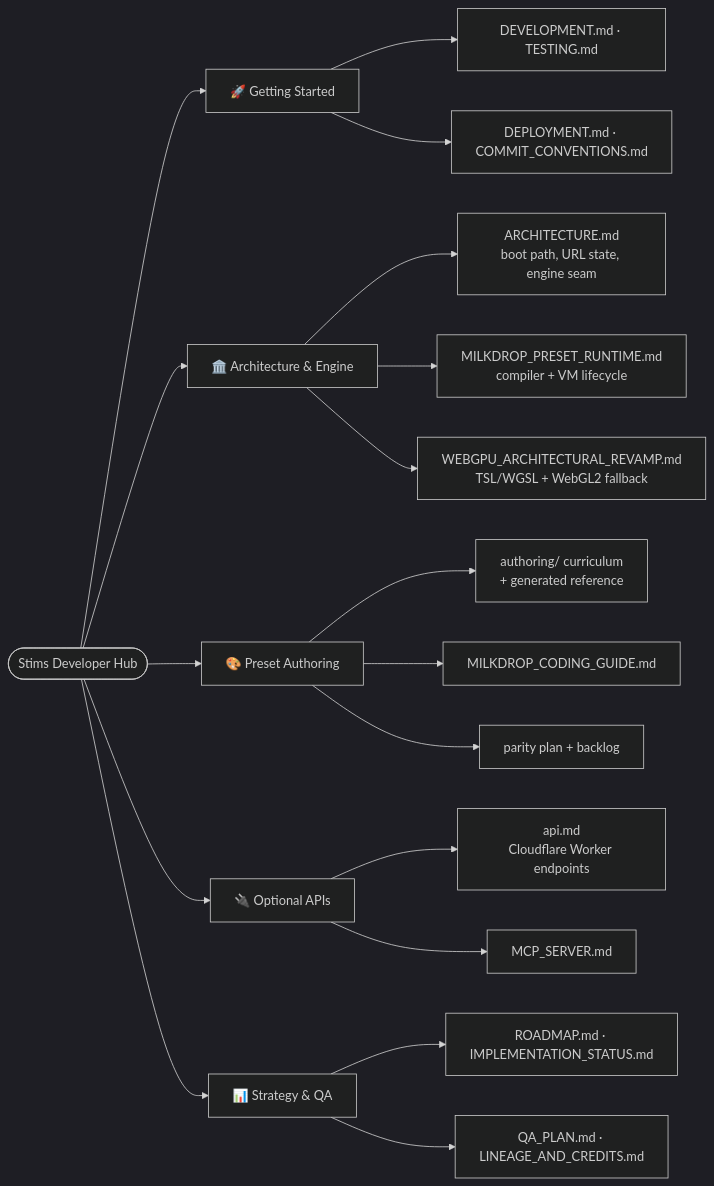
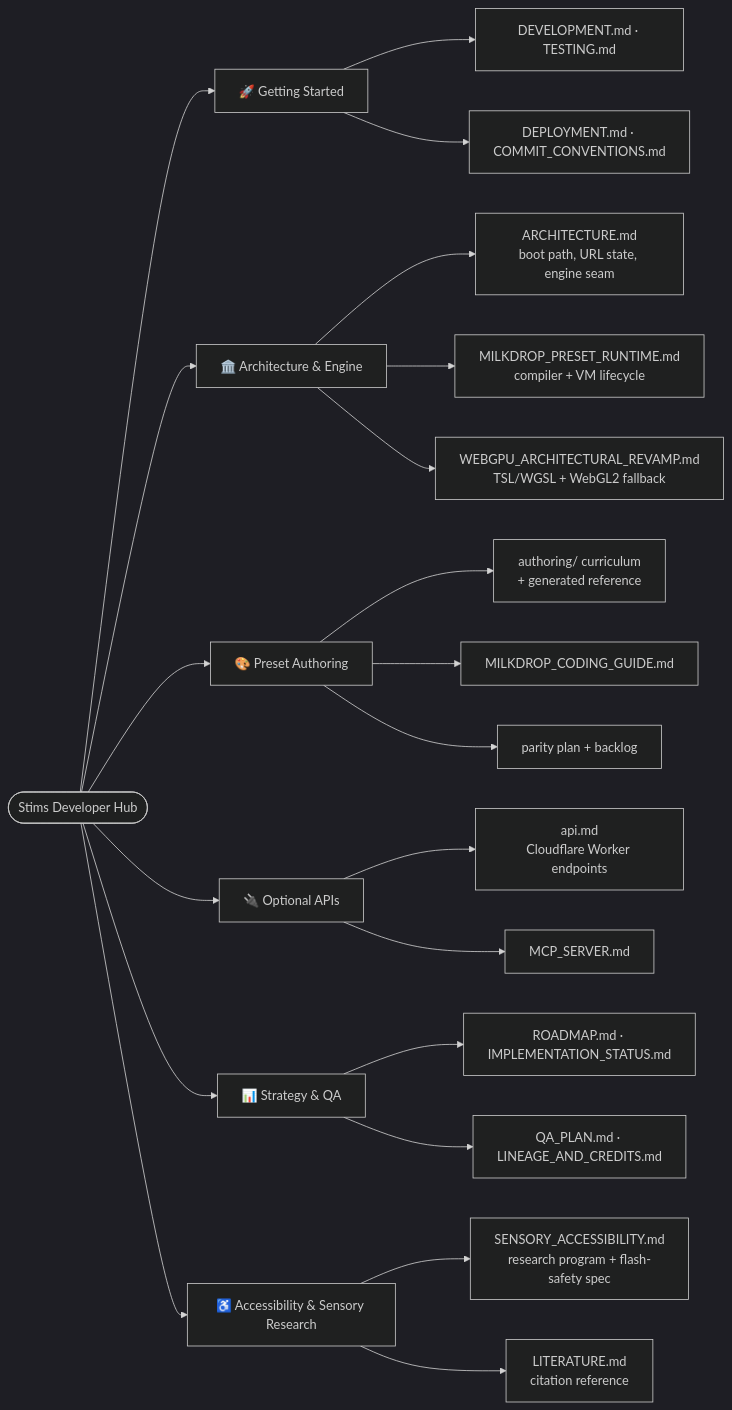
One commit to zz-plant/stims changed the diagram in docs/README.md. Above: the diagram before and after it, drawn with Mermaid (dark theme). The commit also changed other lines of this file and 16 other files, not shown here.

````diff
--- a/docs/README.md
+++ b/docs/README.md
@@ -11,27 +11,31 @@
 ```mermaid
 flowchart LR
   Start(["Stims Developer Hub"])
 
   Start --> GS["🚀 Getting Started"]
   Start --> Arch["🏛️ Architecture & Engine"]
   Start --> Preset["🎨 Preset Authoring"]
   Start --> API["🔌 Optional APIs"]
   Start --> Strat["📊 Strategy & QA"]
+  Start --> Access["♿ Accessibility & Sensory Research"]
 
   GS --> GS1["DEVELOPMENT.md · TESTING.md"]
   GS --> GS2["DEPLOYMENT.md · COMMIT_CONVENTIONS.md"]
 
   Arch --> A1["ARCHITECTURE.md<br/>boot path, URL state, engine seam"]
   Arch --> A2["MILKDROP_PRESET_RUNTIME.md<br/>compiler + VM lifecycle"]
   Arch --> A3["WEBGPU_ARCHITECTURAL_REVAMP.md<br/>TSL/WGSL + WebGL2 fallback"]
 
   Preset --> P0["authoring/ curriculum<br/>+ generated reference"]
   Preset --> P1["MILKDROP_CODING_GUIDE.md"]
   Preset --> P2["parity plan + backlog"]
 
   API --> E1["api.md<br/>Cloudflare Worker endpoints"]
   API --> E2["MCP_SERVER.md"]
 
+  Access --> AC1["SENSORY_ACCESSIBILITY.md<br/>research program + flash-safety spec"]
+  Access --> AC2["LITERATURE.md<br/>citation reference"]
+
   Strat --> S1["ROADMAP.md · IMPLEMENTATION_STATUS.md"]
   Strat --> S2["QA_PLAN.md · LINEAGE_AND_CREDITS.md"]
 ```
````
